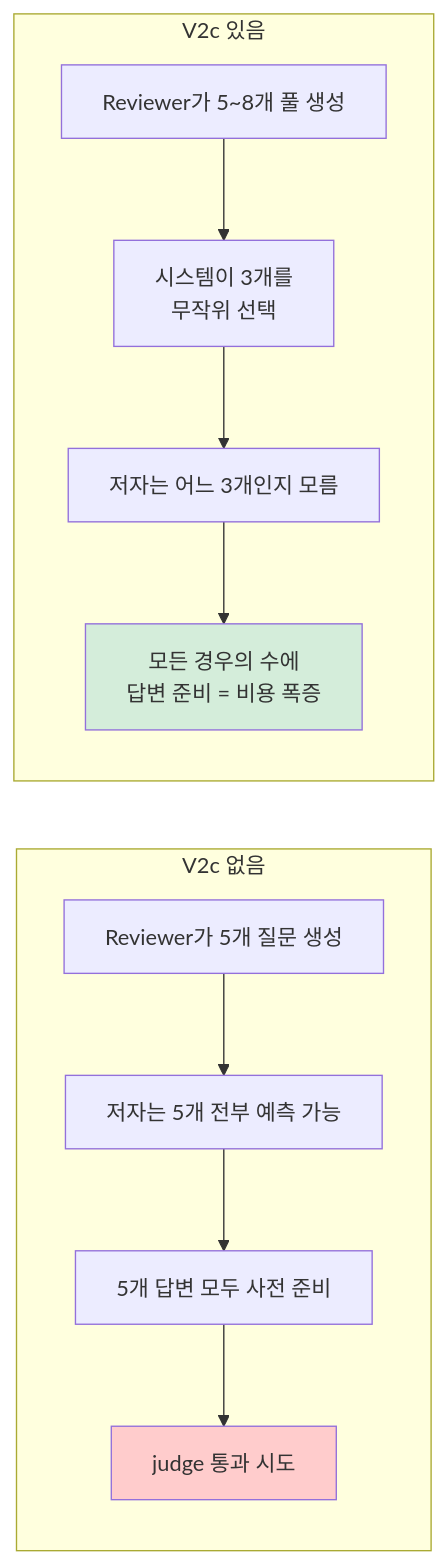
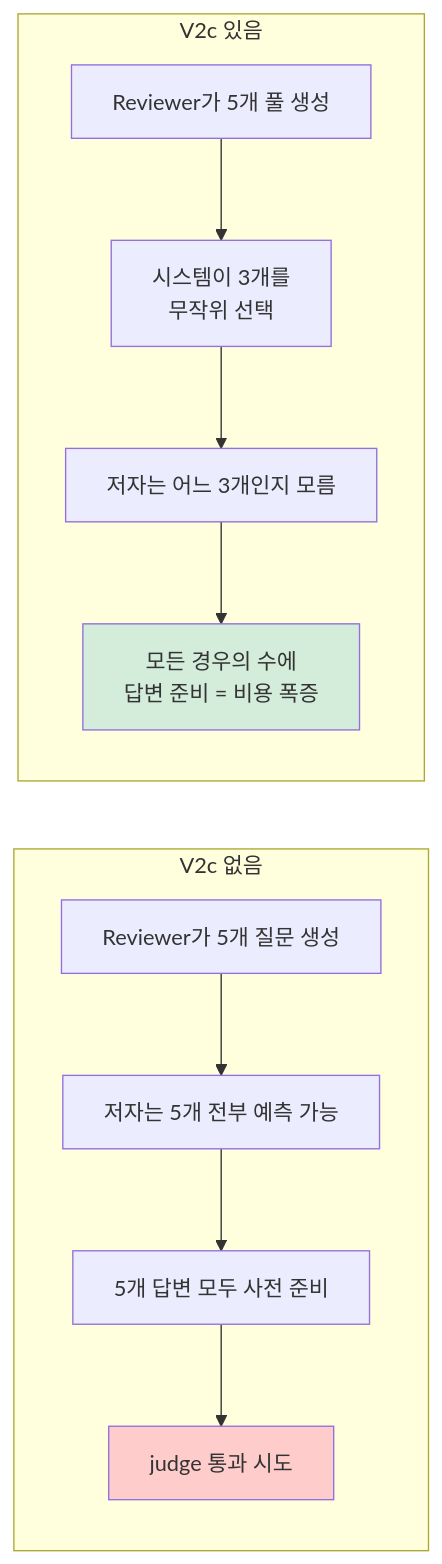
One commit to Jimmy-Jung/ai-symbiote changed the sixth of 12 diagrams in docs/09-검증-레이어-동작원리.md. Above: the diagram before and after it, drawn with Mermaid. The commit also changed other lines of this file and 3 other files, not shown here.

````diff
--- a/docs/09-검증-레이어-동작원리.md
+++ b/docs/09-검증-레이어-동작원리.md
@@ -186,17 +191,17 @@
 ```mermaid
 flowchart LR
     subgraph NoV2c["V2c 없음"]
         A1["Reviewer가 5개 질문 생성"] --> A2["저자는 5개 전부 예측 가능"]
         A2 --> A3["5개 답변 모두 사전 준비"]
         A3 --> A4["judge 통과 시도"]
     end
 
     subgraph WithV2c["V2c 있음"]
-        B1["Reviewer가 5~8개 풀 생성"] --> B2["시스템이 3개를<br/>무작위 선택"]
+        B1["Reviewer가 5개 풀 생성"] --> B2["시스템이 3개를<br/>무작위 선택"]
         B2 --> B3["저자는 어느 3개인지 모름"]
         B3 --> B4["모든 경우의 수에<br/>답변 준비 = 비용 폭증"]
     end
 
     style A4 fill:#ffcccc
     style B4 fill:#d4edda
 ```
````
